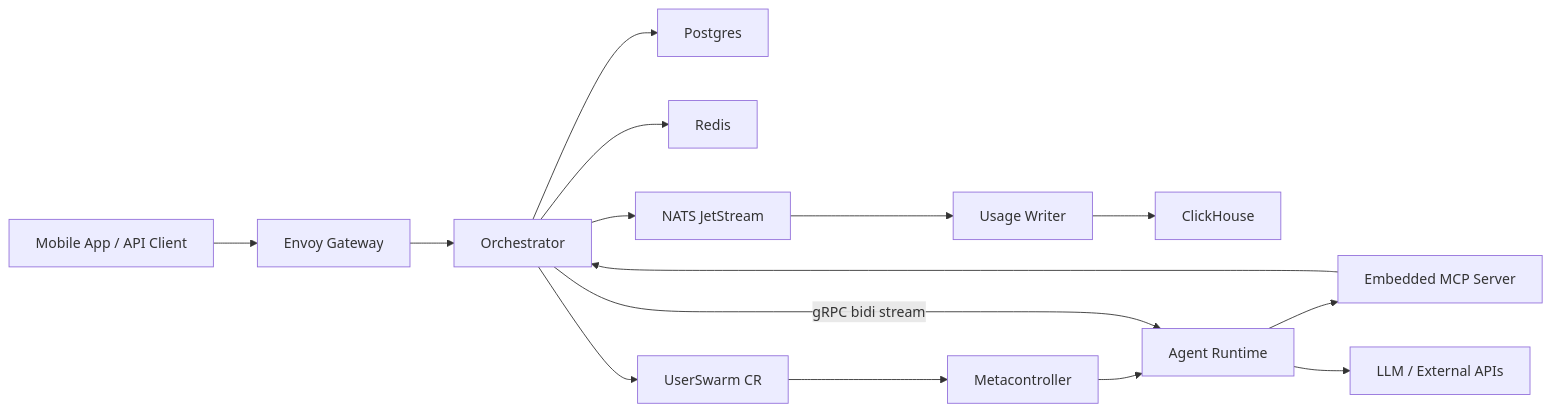
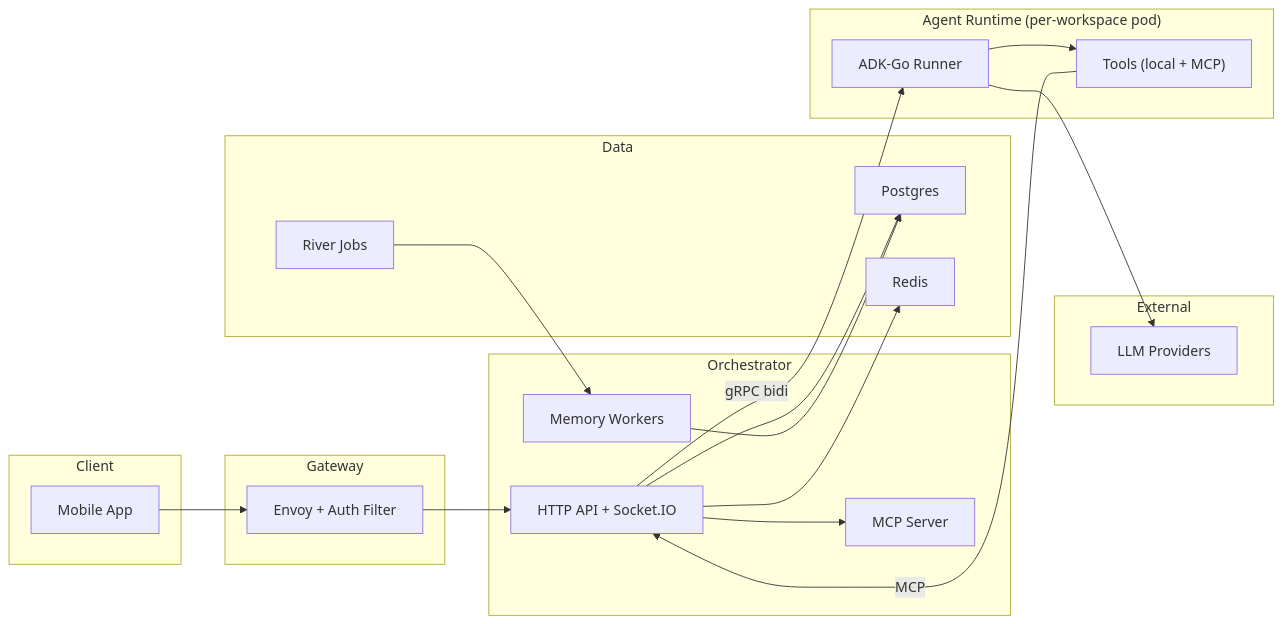
Before and after one commit to Crawbl-AI/crawbl-backend: the diagram in README.md, drawn with Mermaid. The commit also changed other lines of this file, not shown here.

First line of the commit message:
docs: update README with current architecture and structure

````diff
--- a/README.md
+++ b/README.md
@@ -29,31 +27,42 @@
 ```mermaid
 flowchart LR
-    client["Mobile App / API Client"]
-    envoy["Envoy Gateway"]
-    orch["Orchestrator"]
-    db["Postgres"]
-    redis["Redis"]
-    nats["NATS JetStream"]
-    uw["Usage Writer"]
-    ch["ClickHouse"]
-    cr["UserSwarm CR"]
-    mc["Metacontroller"]
-    runtime["Agent Runtime"]
-    mcp["Embedded MCP Server"]
-    llm["LLM / External APIs"]
+    subgraph Client
+        app["Mobile App"]
+    end
 
-    client --> envoy
-    envoy --> orch
-    orch --> db
-    orch --> redis
-    orch --> nats
-    nats --> uw
-    uw --> ch
-    orch --> cr
-    cr --> mc
-    mc --> runtime
-    orch -->|gRPC bidi stream| runtime
-    runtime --> mcp
-    mcp --> orch
-    runtime --> llm
+    subgraph Gateway
+        envoy["Envoy + Auth Filter"]
+    end
+
+    subgraph Orchestrator
+        api["HTTP API + Socket.IO"]
+        mcp["MCP Server"]
+        mem["Memory Workers"]
+    end
+
+    subgraph Data
+        pg["Postgres"]
+        redis["Redis"]
+        river["River Jobs"]
+    end
+
+    subgraph Runtime["Agent Runtime (per-workspace pod)"]
+        runner["ADK-Go Runner"]
+        tools["Tools (local + MCP)"]
+    end
+
+    subgraph External
+        llm["LLM Providers"]
+    end
+
+    app --> envoy --> api
+    api --> pg
+    api --> redis
+    api -->|gRPC bidi| runner
+    api --> mcp
+    mem --> pg
+    river --> mem
+    runner --> tools
+    runner --> llm
+    tools -->|MCP| api
 ```
````
